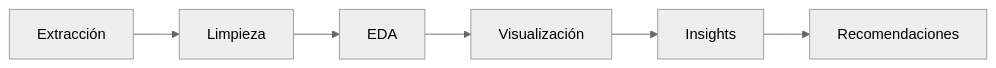
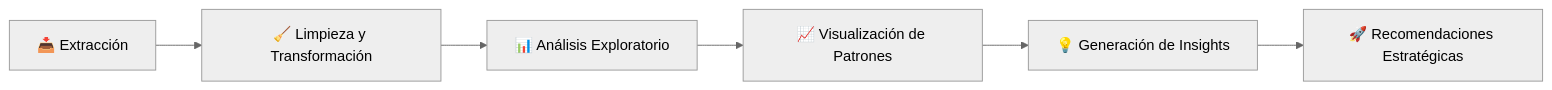
Before and after one commit to frenrey3/Desafio-TelecomX-Churn-Analysis: the diagram in Readme.md, drawn with Mermaid (neutral theme). The commit also changed other lines of this file, not shown here.

````diff
--- a/Readme.md
+++ b/Readme.md
@@ -109,8 +103,8 @@
 ```mermaid
 graph LR
-    A[Extracción] --> B[Limpieza]
-    B --> C[EDA]
-    C --> D[Visualización]
-    D --> E[Insights]
-    E --> F[Recomendaciones]
+    A[📥 Extracción] --> B[🧹 Limpieza y Transformación];
+    B --> C[📊 Análisis Exploratorio];
+    C --> D[📈 Visualización de Patrones];
+    D --> E[💡 Generación de Insights];
+    E --> F[🚀 Recomendaciones Estratégicas];
 ```
````
